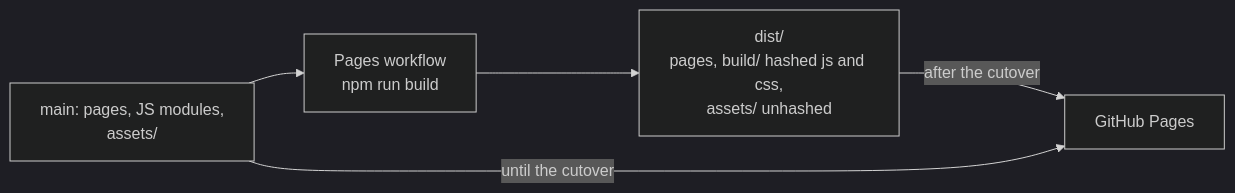
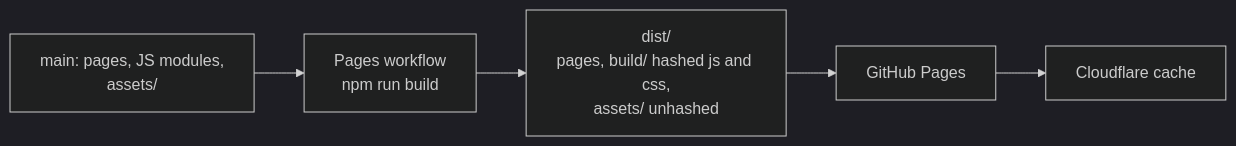
The second of 7 diagrams in docs/architecture.md (orsonbrooker/orsonbrooker.github.io), drawn with Mermaid (dark theme) before and after one commit. The commit also changed other lines of this file and 42 other files, not shown here.

````diff
--- a/docs/architecture.md
+++ b/docs/architecture.md
@@ -49,7 +46,6 @@
 ```mermaid
 flowchart LR
   Src["main: pages, JS modules,<br/>assets/"] --> Build["Pages workflow<br/>npm run build"]
   Build --> Dist["dist/<br/>pages, build/ hashed js and css,<br/>assets/ unhashed"]
-  Dist -- "after the cutover" --> Pages2["GitHub Pages"]
-  Src -- "until the cutover" --> Pages2
+  Dist --> Pages2["GitHub Pages"] --> CF2["Cloudflare cache"]
 ```
````
